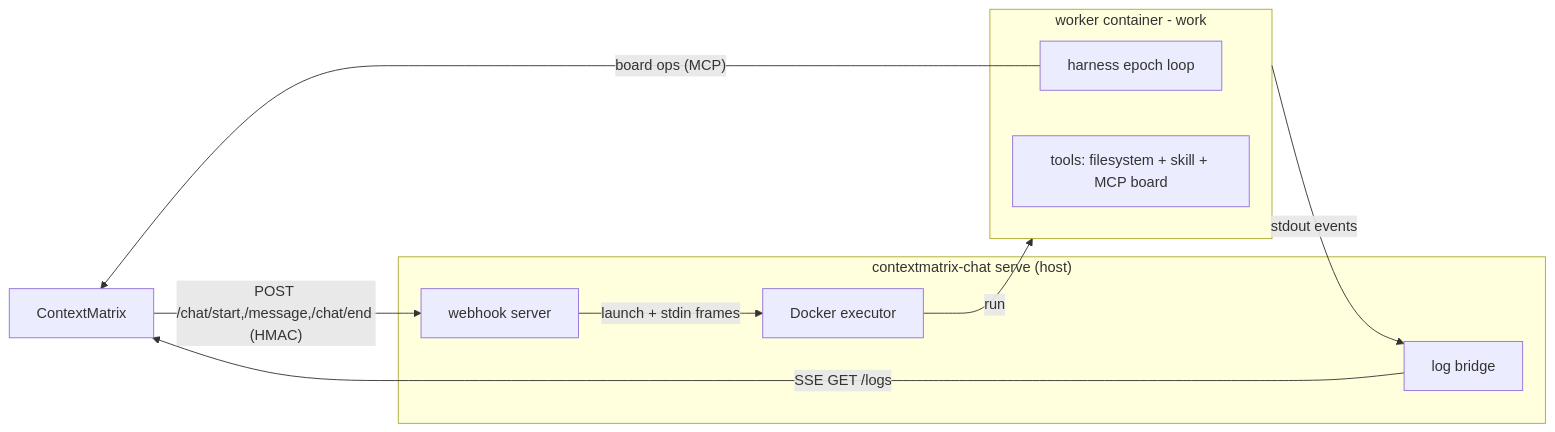
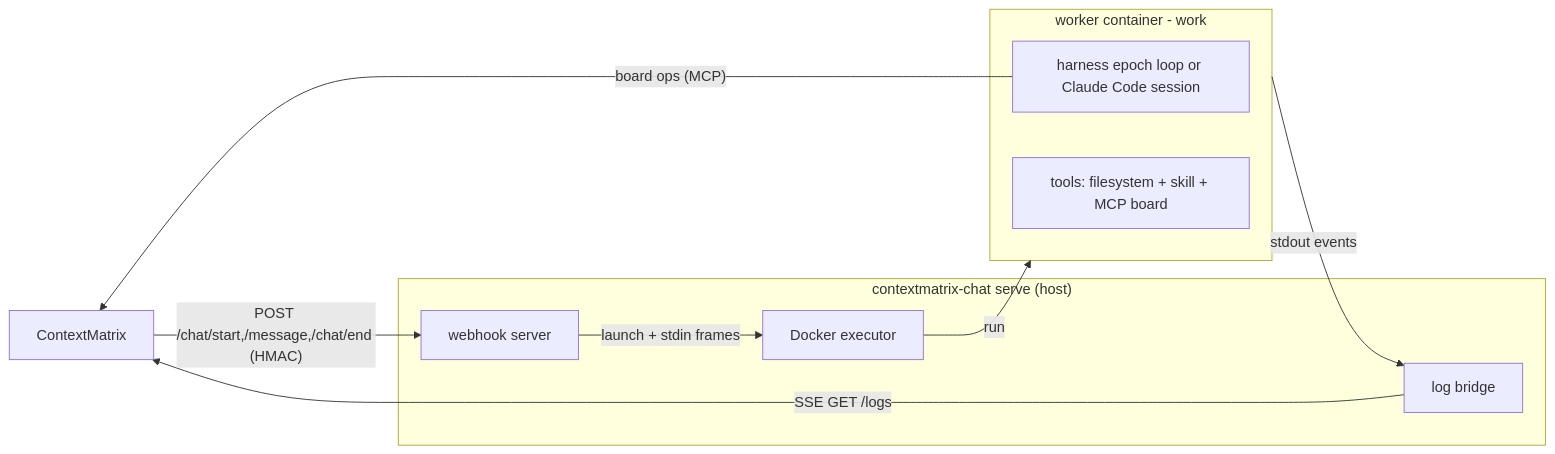
Before and after one commit to mhersson/contextmatrix-chat: the diagram in README.md, drawn with Mermaid. The commit also changed other lines of this file and 7 other files, not shown here.

First line of the commit message:
feat(chatwork): run claude_code chats on a claude code session

````diff
--- a/README.md
+++ b/README.md
@@ -55,22 +57,22 @@
 ```mermaid
 flowchart LR
     CM[ContextMatrix]
 
     subgraph serve["contextmatrix-chat serve (host)"]
         WH[webhook server]
         EX[Docker executor]
         LB[log bridge]
     end
 
     subgraph worker["worker container - work"]
-        H[harness epoch loop]
+        H[harness epoch loop or Claude Code session]
         TR[tools: filesystem + skill + MCP board]
     end
 
     CM -- "POST /chat/start,/message,/chat/end (HMAC)" --> WH
     WH -- "launch + stdin frames" --> EX
     EX -- run --> worker
     H -- "board ops (MCP)" --> CM
     worker -- "stdout events" --> LB
     LB -- "SSE GET /logs" --> CM
 ```
````
